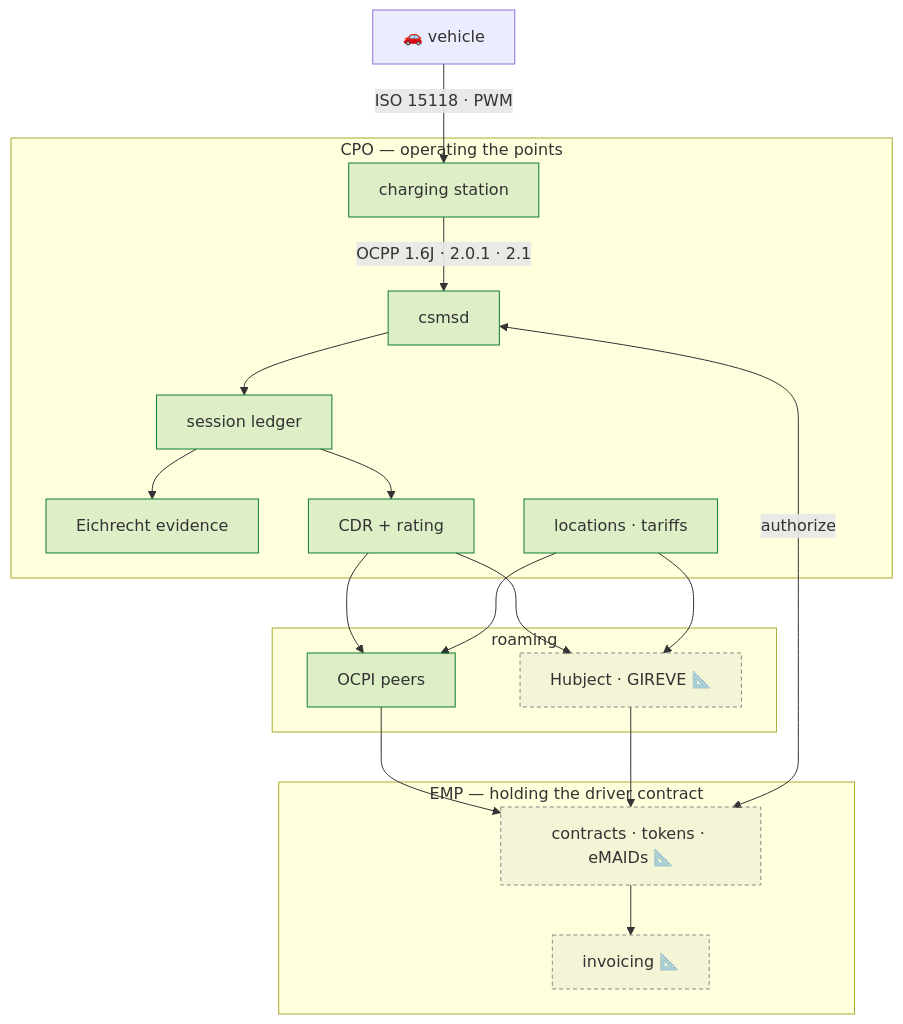
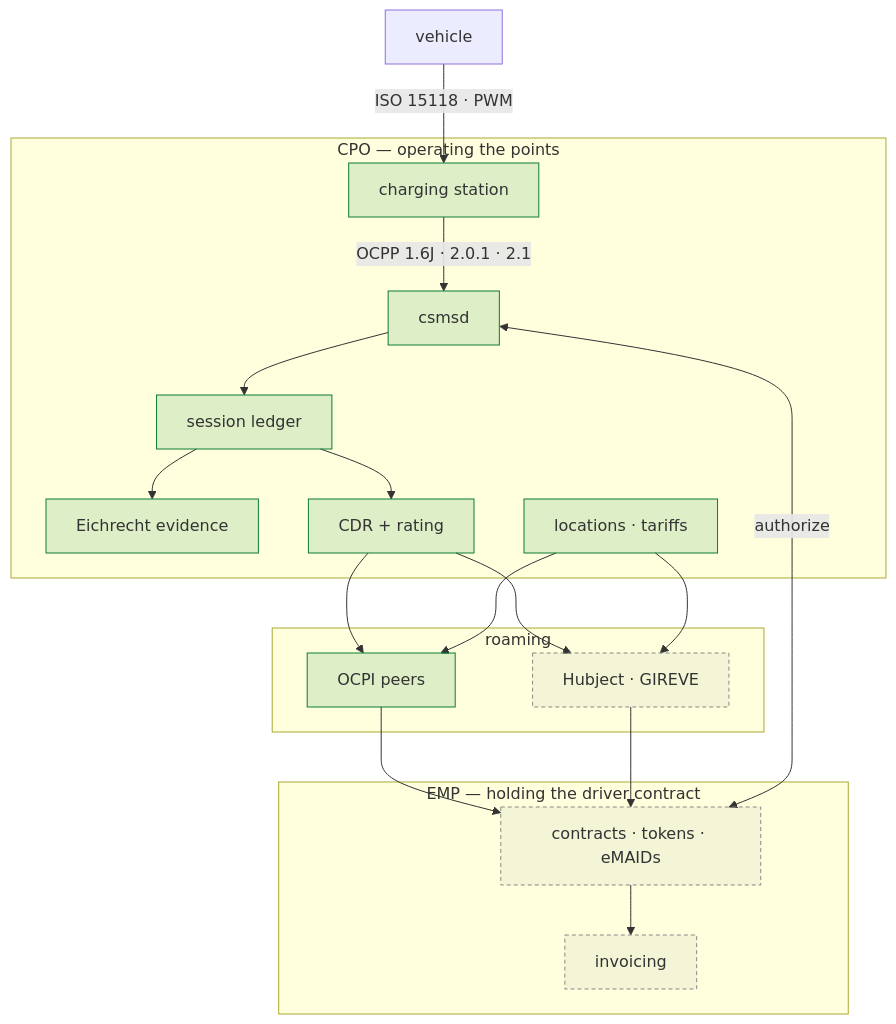
One commit to hupe1980/emob changed the diagram in site/content/docs/architecture.md. Above: the diagram before and after it, drawn with Mermaid. The commit also changed other lines of this file and 38 other files, not shown here.

````diff
--- a/site/content/docs/architecture.md
+++ b/site/content/docs/architecture.md
@@ -17,33 +17,33 @@
 ```mermaid
 flowchart TB
-    EV["🚗 vehicle"] -->|"ISO 15118 · PWM"| CS["charging station"]
+    EV["vehicle"] -->|"ISO 15118 · PWM"| CS["charging station"]
 
     subgraph cpo["CPO — operating the points"]
         CS -->|"OCPP 1.6J · 2.0.1 · 2.1"| CSMS["csmsd"]
         CSMS --> SES["session ledger"]
         SES --> EICH["Eichrecht evidence"]
         SES --> CDR["CDR + rating"]
         POI["locations · tariffs"]
     end
 
     subgraph roam["roaming"]
         P2P["OCPI peers"]
-        HUB["Hubject · GIREVE 📐"]
+        HUB["Hubject · GIREVE"]
     end
 
     subgraph emp["EMP — holding the driver contract"]
-        TOK["contracts · tokens · eMAIDs 📐"]
-        INV["invoicing 📐"]
+        TOK["contracts · tokens · eMAIDs"]
+        INV["invoicing"]
     end
 
     CDR --> P2P & HUB
     POI --> P2P & HUB
     P2P & HUB --> TOK
     TOK --> INV
     CSMS <-->|authorize| TOK
 
     classDef built fill:#0a7d3322,stroke:#0a7d33
     classDef planned fill:#88888818,stroke:#888,stroke-dasharray:4 3
     class CS,CSMS,SES,EICH,CDR,POI,P2P built
     class HUB,TOK,INV planned
 ```
````
